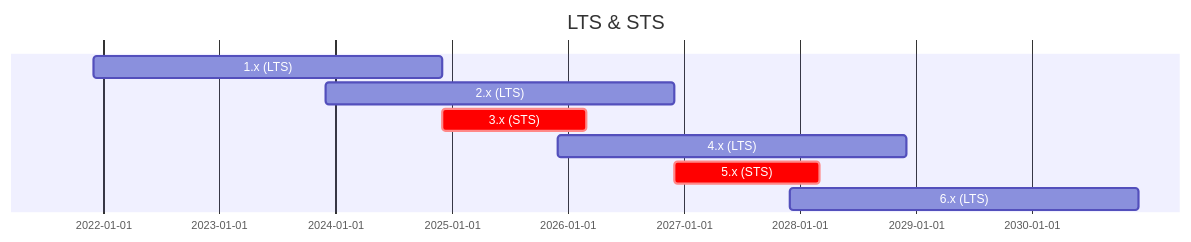
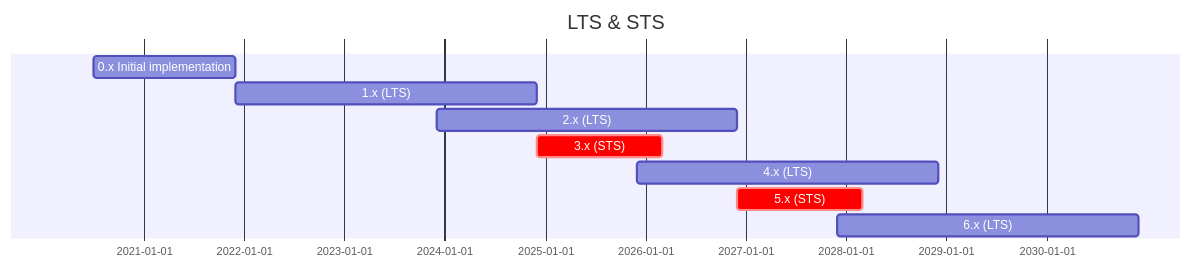
One commit to public-ui/kolibri changed the diagram in README.md. Above: the diagram before and after it, drawn with Mermaid. The commit also changed other lines of this file, not shown here.

Commit message:
Revise versioning details in README.md

````diff
--- a/README.md
+++ b/README.md
@@ -40,13 +41,14 @@
 ```mermaid
 gantt
     title LTS & STS
     dateFormat YYYY-MM-DD
 
-    1.x (LTS) :, 2021-12-01, 3y
-    2.x (LTS) :,  2023-12-01, 3y
-    3.x (STS) :crit , 2024-12-01, 15M
-    4.x (LTS) :, 2025-12-01, 3y
-    5.x (STS) :crit , 2026-12-01, 15M
-    6.x (LTS) :, 2027-12-01, 3y
+    0.x Initial implementation :, 2020-07-01, 17M
+    1.x (LTS)                  :, 2021-12-01, 3y
+    2.x (LTS)                  :,  2023-12-01, 3y
+    3.x (STS)                  :crit , 2024-12-01, 15M
+    4.x (LTS)                  :, 2025-12-01, 3y
+    5.x (STS)                  :crit , 2026-12-01, 15M
+    6.x (LTS)                  :, 2027-12-01, 3y
 
 ```
````
